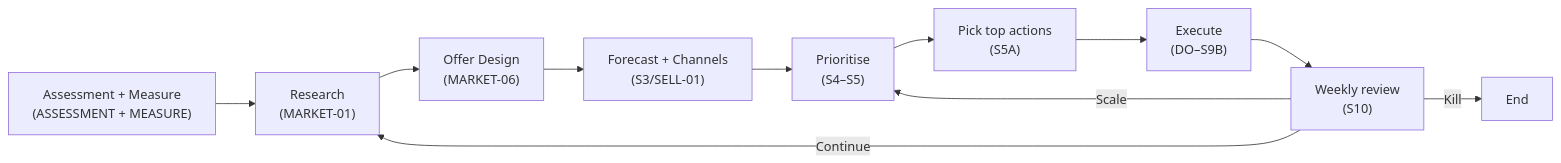
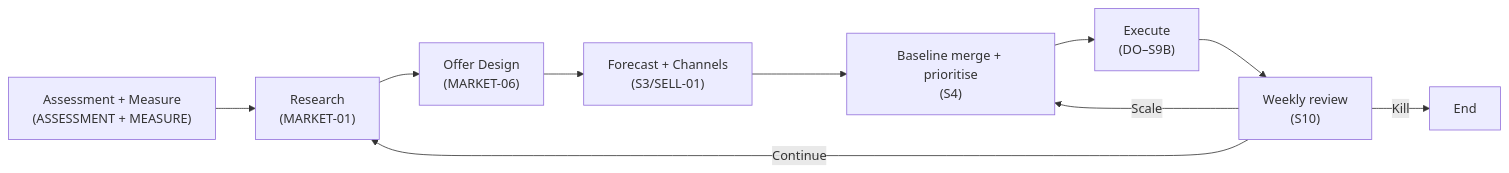
One commit to PeterCowling/base-shop changed the first of 2 diagrams in docs/business-os/startup-loop-workflow.user.md. Above: the diagram before and after it, drawn with Mermaid. The commit also changed other lines of this file and 360 other files, not shown here.

````diff
--- a/docs/business-os/startup-loop-workflow.user.md
+++ b/docs/business-os/startup-loop-workflow.user.md
@@ -63,24 +63,22 @@
 ```mermaid
 flowchart LR
     N1["Assessment + Measure\n(ASSESSMENT + MEASURE)"]
     N2["Research\n(MARKET-01)"]
     N3["Offer Design\n(MARKET-06)"]
     N4["Forecast + Channels\n(S3/SELL-01)"]
-    N5["Prioritise\n(S4–S5)"]
-    N6["Pick top actions\n(S5A)"]
+    N5["Baseline merge + prioritise\n(S4)"]
     N7["Execute\n(DO–S9B)"]
     N8["Weekly review\n(S10)"]
     NEND["End"]
 
     N1 --> N2
     N2 --> N3
     N3 --> N4
     N4 --> N5
-    N5 --> N6
-    N6 --> N7
+    N5 --> N7
     N7 --> N8
 
     N8 -->|Continue| N2
     N8 -->|Scale| N5
     N8 -->|Kill| NEND
 ```
````
